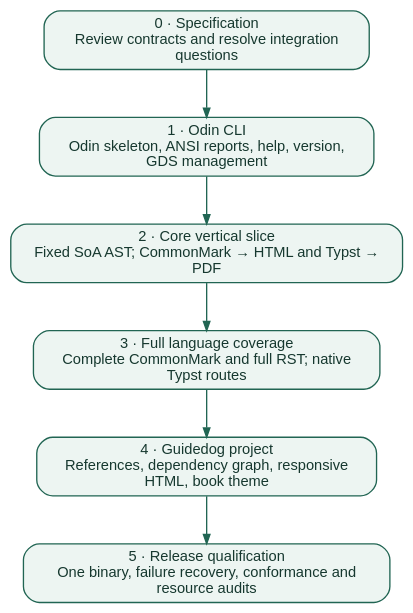
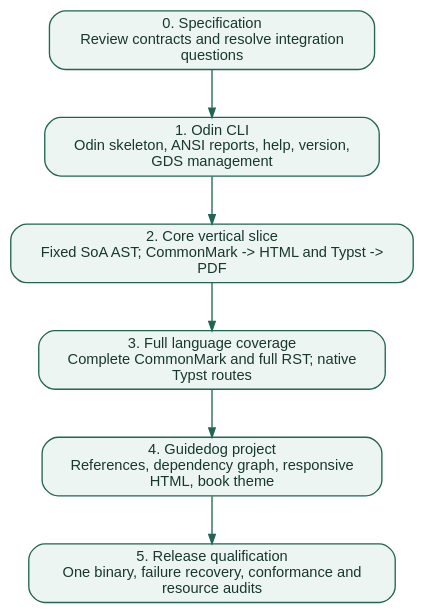
The third of 3 diagrams in docs/gds/records/0002-guidedog-cli.rst (insanai/guidedog), drawn with Graphviz before and after one commit. The commit also changed other lines of this file and 99 other files, not shown here.

```diff
--- a/docs/gds/records/0002-guidedog-cli.rst
+++ b/docs/gds/records/0002-guidedog-cli.rst
@@ -475,21 +475,21 @@
 .. graphviz::
    :caption: Each phase proves behavior before adding a larger surface. No phase promises speed.
    :alt: Each phase proves behavior before adding a larger surface. No phase promises speed.
 
    digraph design {
      graph [rankdir=TB, bgcolor="transparent", pad="0.3", nodesep="0.4"];
      node [shape=box, style="rounded,filled", fillcolor="#edf5f2",
            color="#216553", fontcolor="#16382f", fontname="Helvetica", fontsize=11];
      edge [color="#216553", arrowsize=0.7];
-     n0 [label="0 · Specification\nReview contracts and resolve integration\nquestions"];
-     n1 [label="1 · Odin CLI\nOdin skeleton, ANSI reports, help, version,\nGDS management"];
-     n2 [label="2 · Core vertical slice\nFixed SoA AST; CommonMark → HTML and Typst →\nPDF"];
-     n3 [label="3 · Full language coverage\nComplete CommonMark and full RST; native\nTypst routes"];
-     n4 [label="4 · Guidedog project\nReferences, dependency graph, responsive\nHTML, book theme"];
-     n5 [label="5 · Release qualification\nOne binary, failure recovery, conformance and\nresource audits"];
+     n0 [label="0. Specification\nReview contracts and resolve integration\nquestions"];
+     n1 [label="1. Odin CLI\nOdin skeleton, ANSI reports, help, version,\nGDS management"];
+     n2 [label="2. Core vertical slice\nFixed SoA AST; CommonMark -> HTML and Typst ->\nPDF"];
+     n3 [label="3. Full language coverage\nComplete CommonMark and full RST; native\nTypst routes"];
+     n4 [label="4. Guidedog project\nReferences, dependency graph, responsive\nHTML, book theme"];
+     n5 [label="5. Release qualification\nOne binary, failure recovery, conformance and\nresource audits"];
      n0 -> n1;
      n1 -> n2;
      n2 -> n3;
      n3 -> n4;
      n4 -> n5;
    }
```
